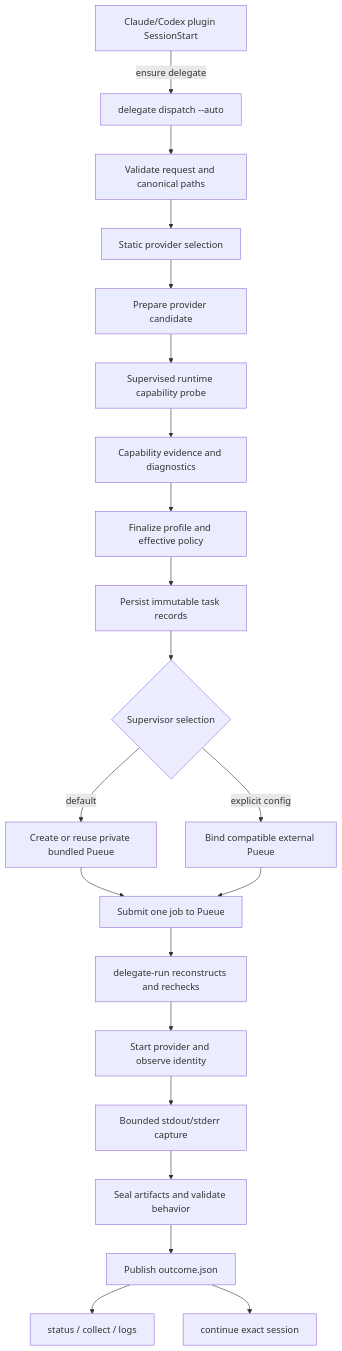
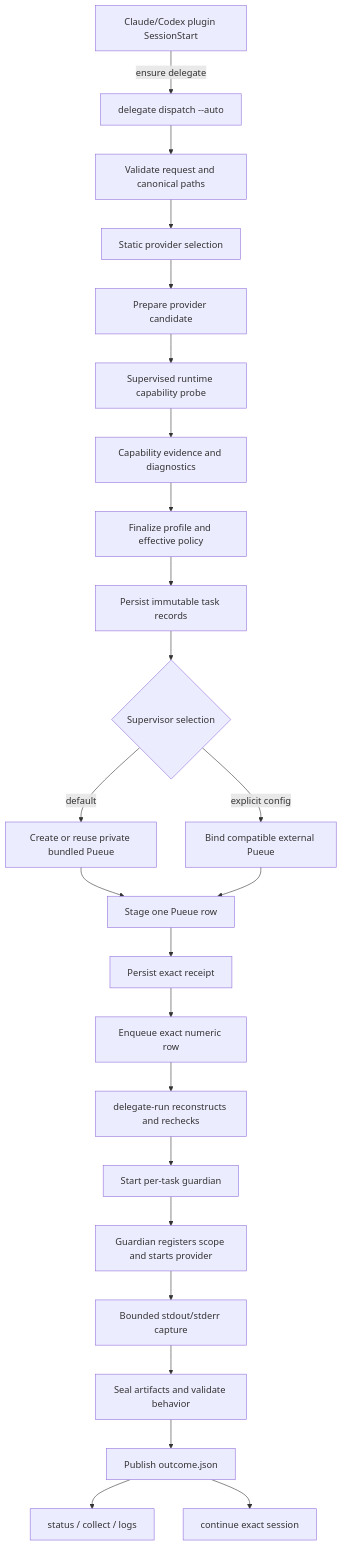
The diagram in docs/architecture.md (hishamkaram/delegation-layer), drawn with Mermaid before and after one commit. The commit also changed other lines of this file and 343 other files, not shown here.

````diff
--- a/docs/architecture.md
+++ b/docs/architecture.md
@@ -8,23 +8,26 @@
 ```mermaid
 flowchart TD
     BOOT[Claude/Codex plugin SessionStart] -->|ensure delegate| A[delegate dispatch --auto]
     A --> B[Validate request and canonical paths]
     B --> C[Static provider selection]
     C --> D[Prepare provider candidate]
     D --> E[Supervised runtime capability probe]
     E --> F[Capability evidence and diagnostics]
     F --> G[Finalize profile and effective policy]
     G --> H[Persist immutable task records]
     H --> I{Supervisor selection}
     I -->|default| J[Create or reuse private bundled Pueue]
     I -->|explicit config| J2[Bind compatible external Pueue]
-    J --> K[Submit one job to Pueue]
+    J --> K[Stage one Pueue row]
     J2 --> K
-    K --> L[delegate-run reconstructs and rechecks]
-    L --> M[Start provider and observe identity]
-    M --> N[Bounded stdout/stderr capture]
+    K --> K2[Persist exact receipt]
+    K2 --> K3[Enqueue exact numeric row]
+    K3 --> L[delegate-run reconstructs and rechecks]
+    L --> M[Start per-task guardian]
+    M --> M2[Guardian registers scope and starts provider]
+    M2 --> N[Bounded stdout/stderr capture]
     N --> O[Seal artifacts and validate behavior]
     O --> P[Publish outcome.json]
     P --> Q[status / collect / logs]
     P --> R[continue exact session]
 ```
````
